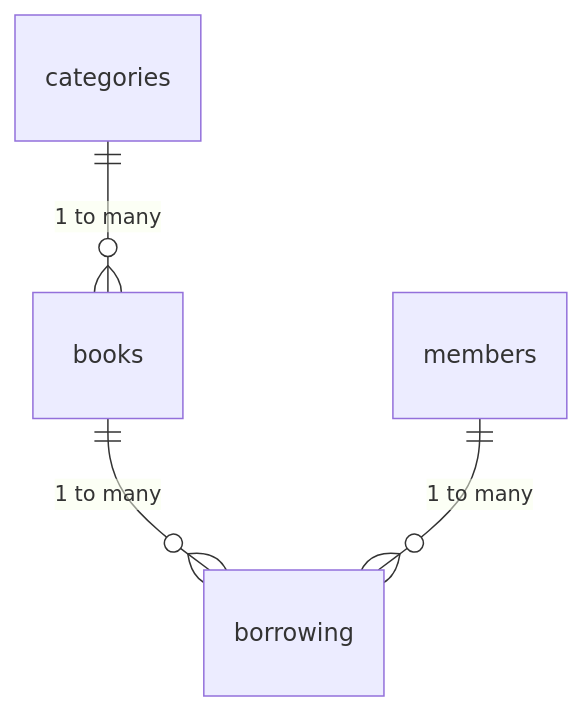
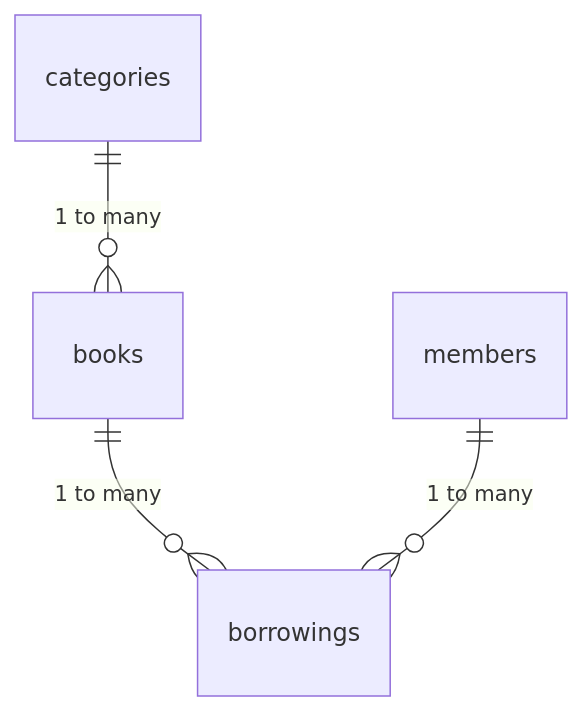
Before and after one commit to mrgonzales-dev/BuildItRight: the third of 3 diagrams in LibrarySystem/README.md, drawn with Mermaid. The commit also changed other lines of this file and 5 other files, not shown here.

````diff
--- a/LibrarySystem/README.md
+++ b/LibrarySystem/README.md
@@ -236,6 +236,6 @@
 ```mermaid
 erDiagram
     categories ||--o{ books : "1 to many"
-    books ||--o{ borrowing : "1 to many"
-    members ||--o{ borrowing : "1 to many"
+    books ||--o{ borrowings : "1 to many"
+    members ||--o{ borrowings : "1 to many"
 ```
````
